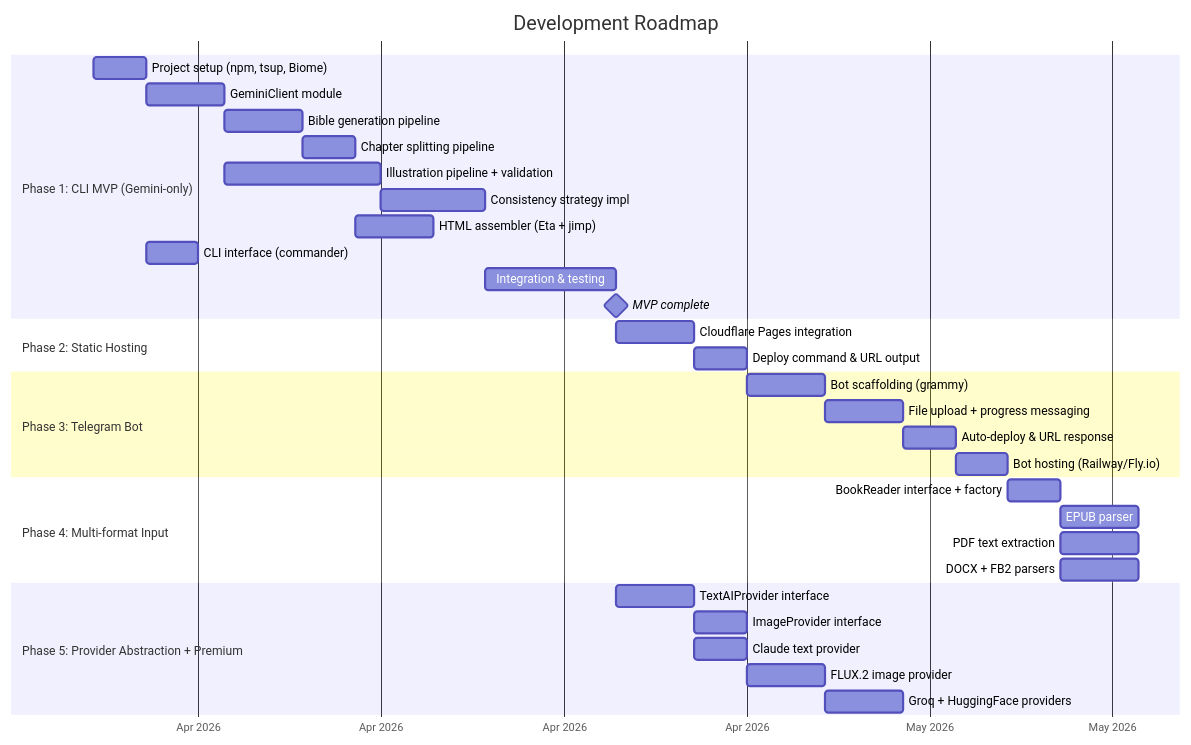
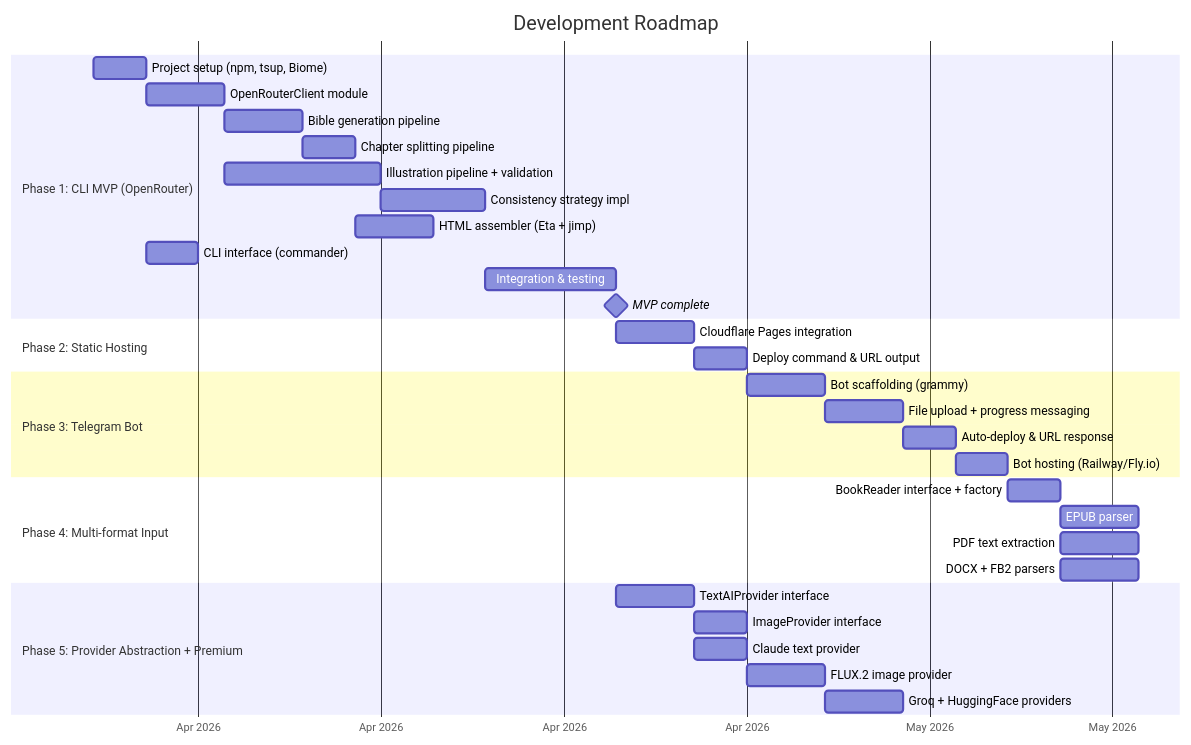
One commit to tormozz48/Illustrator changed the first of 6 diagrams in docs/roadmap.md. Above: the diagram before and after it, drawn with Mermaid. The commit also changed other lines of this file and 13 other files, not shown here.

First line of the commit message:
Replace Gemini SDK with OpenRouter adapter

````diff
--- a/docs/roadmap.md
+++ b/docs/roadmap.md
@@ -7,41 +7,41 @@
 ```mermaid
 gantt
     title Development Roadmap
     dateFormat YYYY-MM-DD
     axisFormat %b %Y
 
-    section Phase 1: CLI MVP (Gemini-only)
+    section Phase 1: CLI MVP (OpenRouter)
     Project setup (npm, tsup, Biome)   :p1a, 2026-04-01, 2d
-    GeminiClient module                :p1b, after p1a, 3d
+    OpenRouterClient module            :p1b, after p1a, 3d
     Bible generation pipeline          :p1c, after p1b, 3d
     Chapter splitting pipeline         :p1d, after p1c, 2d
     Illustration pipeline + validation :p1e, after p1b, 6d
     Consistency strategy impl          :p1f, after p1e, 4d
     HTML assembler (Eta + jimp)        :p1g, after p1d, 3d
     CLI interface (commander)          :p1h, after p1a, 2d
     Integration & testing              :p1i, after p1f, 5d
     MVP complete                       :milestone, after p1i, 0d
 
     section Phase 2: Static Hosting
     Cloudflare Pages integration       :p2a, after p1i, 3d
     Deploy command & URL output        :p2b, after p2a, 2d
 
     section Phase 3: Telegram Bot
     Bot scaffolding (grammy)           :p3a, after p2b, 3d
     File upload + progress messaging   :p3b, after p3a, 3d
     Auto-deploy & URL response         :p3c, after p3b, 2d
     Bot hosting (Railway/Fly.io)       :p3d, after p3c, 2d
 
     section Phase 4: Multi-format Input
     BookReader interface + factory     :p4a, after p3d, 2d
     EPUB parser                        :p4b, after p4a, 3d
     PDF text extraction                :p4c, after p4a, 3d
     DOCX + FB2 parsers                 :p4d, after p4a, 3d
 
     section Phase 5: Provider Abstraction + Premium
     TextAIProvider interface           :p5a, after p1i, 3d
     ImageProvider interface            :p5b, after p5a, 2d
     Claude text provider               :p5c, after p5a, 2d
     FLUX.2 image provider              :p5d, after p5b, 3d
     Groq + HuggingFace providers       :p5e, after p5d, 3d
 ```
````
